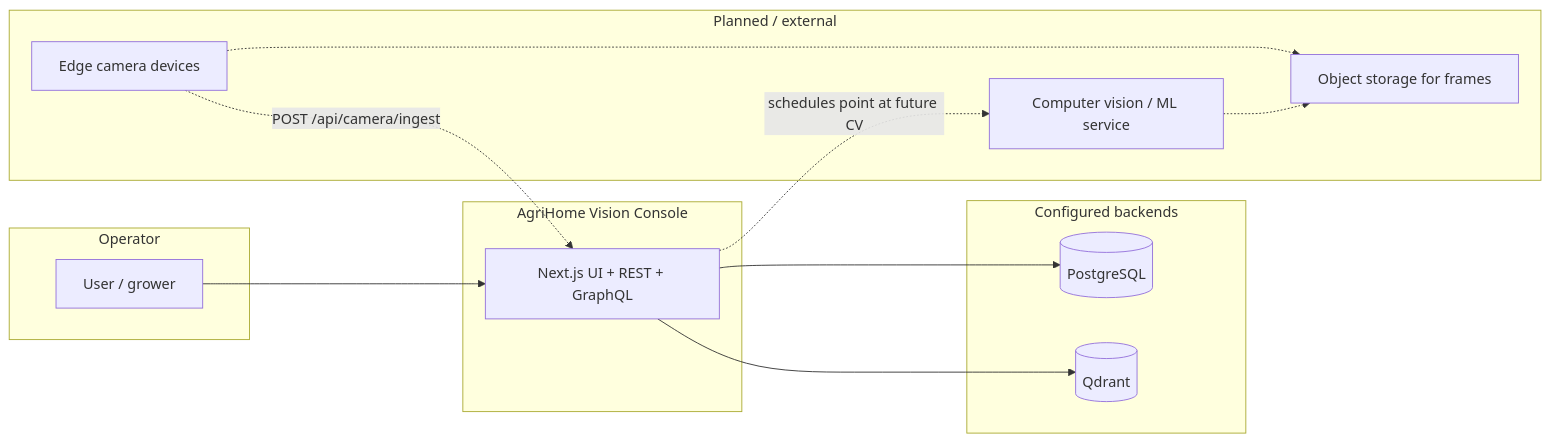
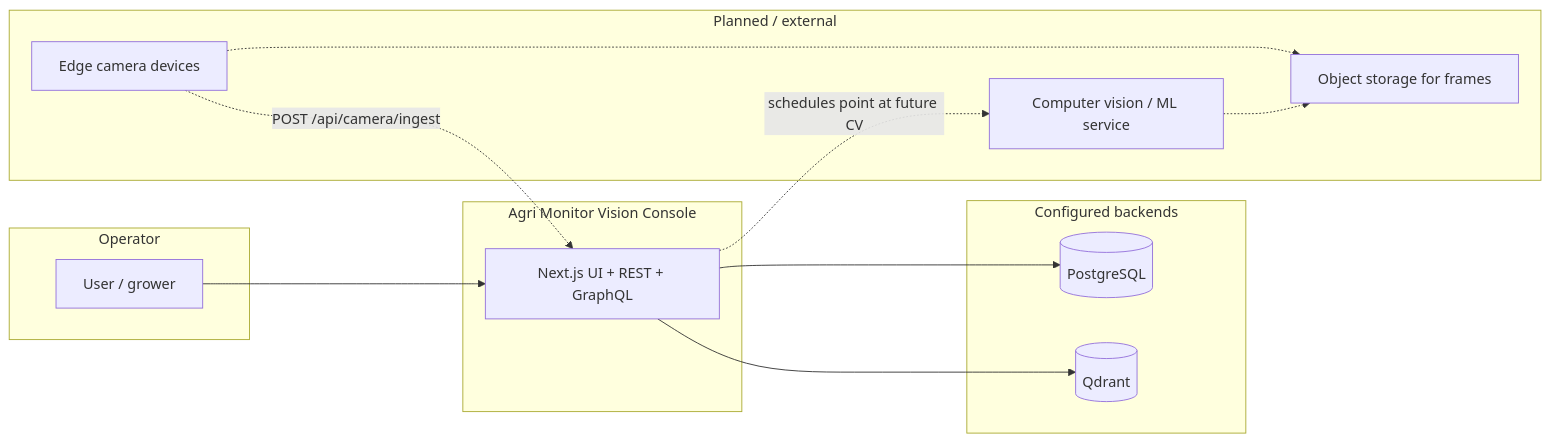
Before and after one commit to smriticodes/agri-monitor: the first of 2 diagrams in docs/diagrams/02-integration.md, drawn with Mermaid. The commit also changed 68 other files, not shown here.

````diff
--- a/docs/diagrams/02-integration.md
+++ b/docs/diagrams/02-integration.md
@@ -5,29 +5,29 @@
 ```mermaid
 flowchart LR
   subgraph operator [Operator]
     U[User / grower]
   end
 
-  subgraph agrihome [AgriHome Vision Console]
+  subgraph agri-monitor [Agri Monitor Vision Console]
     UI[Next.js UI + REST + GraphQL]
   end
 
   subgraph data [Configured backends]
     PG[(PostgreSQL)]
     Q[(Qdrant)]
   end
 
   subgraph future [Planned / external]
     Edge[Edge camera devices]
     CV[Computer vision / ML service]
     Obj[Object storage for frames]
   end
 
   U --> UI
   UI --> PG
   UI --> Q
   Edge -.->|POST /api/camera/ingest| UI
   UI -.->|schedules point at future CV| CV
   Edge -.-> Obj
   CV -.-> Obj
 ```
````
